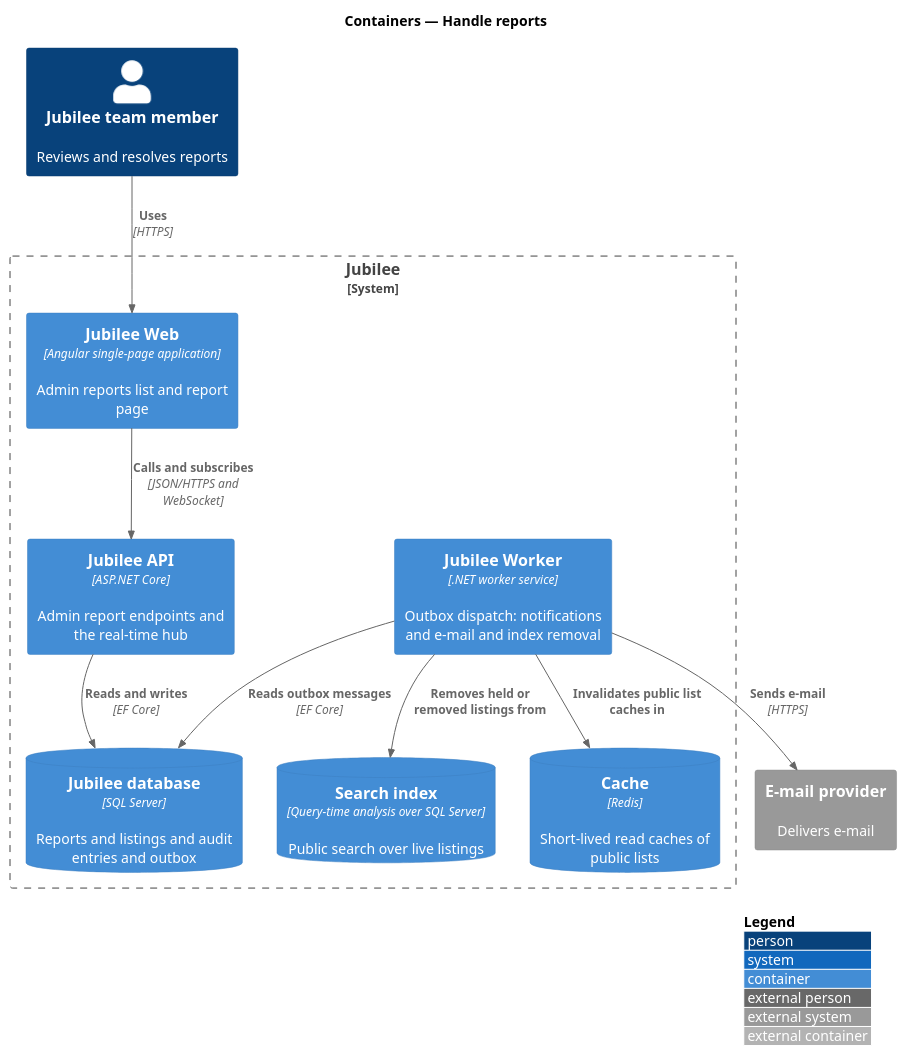
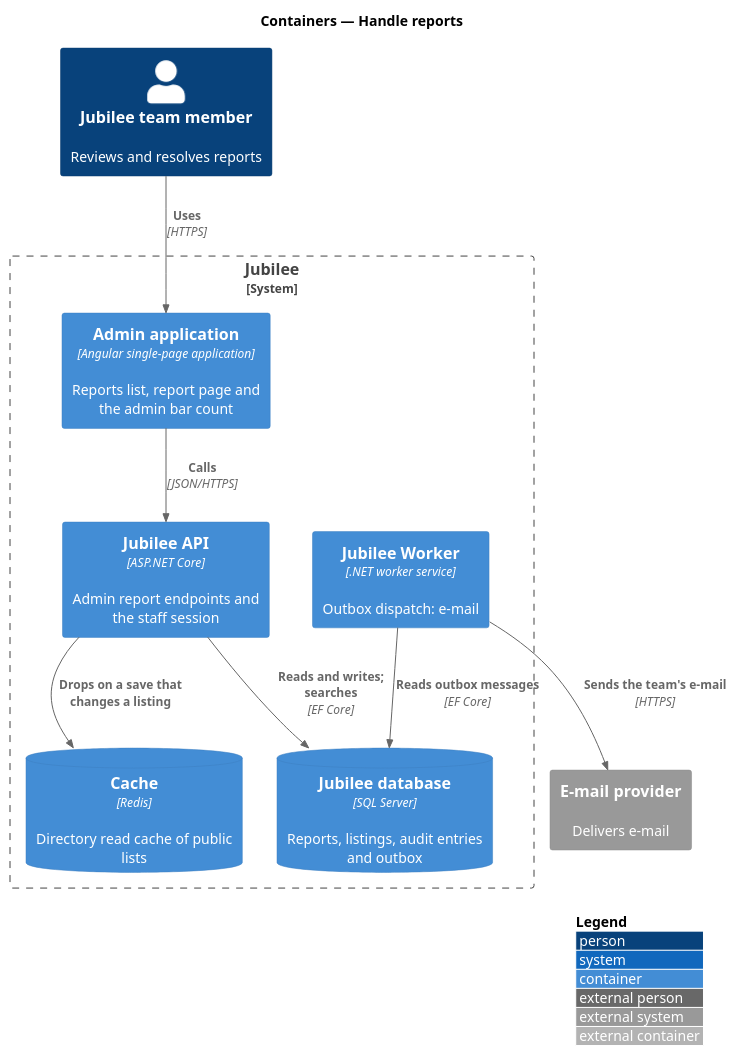
Before and after one commit to QuinntyneBrown/jubilee: the diagram in docs/detailed-designs/moderation/handle-reports/diagrams/c4-container.puml, drawn with PlantUML. The commit also changed 27 other files, not shown here.

First line of the commit message:
Journey 25: requirements, ADR 0058 and designs for the report notice, the admin bar count and the public bound

```diff
--- a/docs/detailed-designs/moderation/handle-reports/diagrams/c4-container.puml
+++ b/docs/detailed-designs/moderation/handle-reports/diagrams/c4-container.puml
@@ -1,23 +1,21 @@
 @startuml
 !include <C4/C4_Container>
 LAYOUT_WITH_LEGEND()
 title Containers — Handle reports
 Person(moderator, "Jubilee team member", "Reviews and resolves reports")
 System_Boundary(jubilee, "Jubilee") {
-  Container(web, "Jubilee Web", "Angular single-page application", "Admin reports list and report page")
-  Container(api, "Jubilee API", "ASP.NET Core", "Admin report endpoints and the real-time hub")
-  Container(worker, "Jubilee Worker", ".NET worker service", "Outbox dispatch: notifications and e-mail and index removal")
-  ContainerDb(db, "Jubilee database", "SQL Server", "Reports and listings and audit entries and outbox")
-  ContainerDb(search, "Search index", "Query-time analysis over SQL Server", "Public search over live listings")
-  ContainerDb(cache, "Cache", "Redis", "Short-lived read caches of public lists")
+  Container(admin, "Admin application", "Angular single-page application", "Reports list, report page and the admin bar count")
+  Container(api, "Jubilee API", "ASP.NET Core", "Admin report endpoints and the staff session")
+  Container(worker, "Jubilee Worker", ".NET worker service", "Outbox dispatch: e-mail")
+  ContainerDb(db, "Jubilee database", "SQL Server", "Reports, listings, audit entries and outbox")
+  ContainerDb(cache, "Cache", "Redis", "Directory read cache of public lists")
 }
 System_Ext(email, "E-mail provider", "Delivers e-mail")
 
-Rel(moderator, web, "Uses", "HTTPS")
-Rel(web, api, "Calls and subscribes", "JSON/HTTPS and WebSocket")
-Rel(api, db, "Reads and writes", "EF Core")
+Rel(moderator, admin, "Uses", "HTTPS")
+Rel(admin, api, "Calls", "JSON/HTTPS")
+Rel(api, db, "Reads and writes; searches", "EF Core")
+Rel(api, cache, "Drops on a save that changes a listing")
 Rel(worker, db, "Reads outbox messages", "EF Core")
-Rel(worker, search, "Removes held or removed listings from")
-Rel(worker, cache, "Invalidates public list caches in")
-Rel(worker, email, "Sends e-mail", "HTTPS")
+Rel(worker, email, "Sends the team's e-mail", "HTTPS")
 @enduml
```
